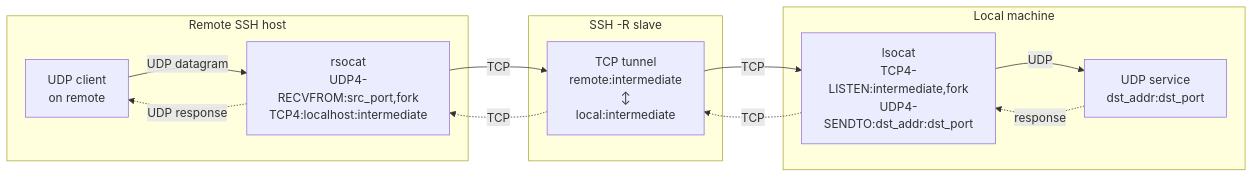
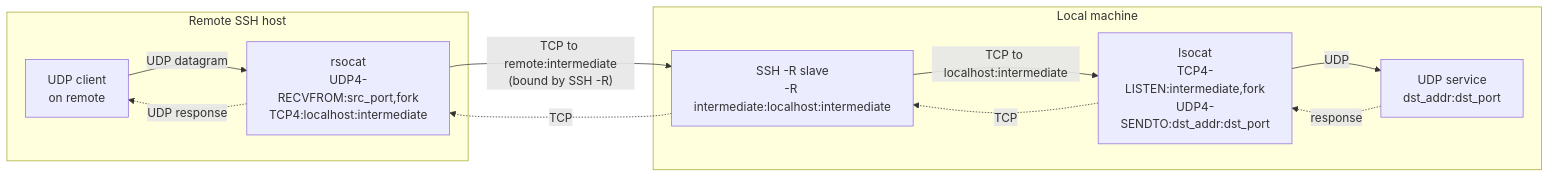
One commit to mashb1t/susops changed the third of 3 diagrams in README.md. Above: the diagram before and after it, drawn with Mermaid. The commit also changed other lines of this file and 1 other file, not shown here.

Commit message:
docs: fix remote UDP diagram — SSH -R slave runs locally, not on a third host

````diff
--- a/README.md
+++ b/README.md
@@ -622,25 +622,22 @@
 ```mermaid
 flowchart LR
     subgraph remote["Remote SSH host"]
         RClient["UDP client\non remote"]
         RSOcat["rsocat\nUDP4-RECVFROM:src_port,fork\nTCP4:localhost:intermediate"]
     end
 
-    subgraph slave["SSH -R slave"]
-        Tunnel["TCP tunnel\nremote:intermediate\n↕\nlocal:intermediate"]
-    end
-
     subgraph local["Local machine"]
+        SSHSlave["SSH -R slave\n-R intermediate:localhost:intermediate"]
         LSOcat["lsocat\nTCP4-LISTEN:intermediate,fork\nUDP4-SENDTO:dst_addr:dst_port"]
         Service["UDP service\ndst_addr:dst_port"]
     end
 
     RClient -->|"UDP datagram"| RSOcat
-    RSOcat -->|"TCP"| Tunnel
-    Tunnel -->|"TCP"| LSOcat
+    RSOcat -->|"TCP to remote:intermediate\n(bound by SSH -R)"| SSHSlave
+    SSHSlave -->|"TCP to localhost:intermediate"| LSOcat
     LSOcat -->|"UDP"| Service
     Service -. "response" .-> LSOcat
-    LSOcat -. "TCP" .-> Tunnel
-    Tunnel -. "TCP" .-> RSOcat
+    LSOcat -. "TCP" .-> SSHSlave
+    SSHSlave -. "TCP" .-> RSOcat
     RSOcat -. "UDP response" .-> RClient
 ```
````
